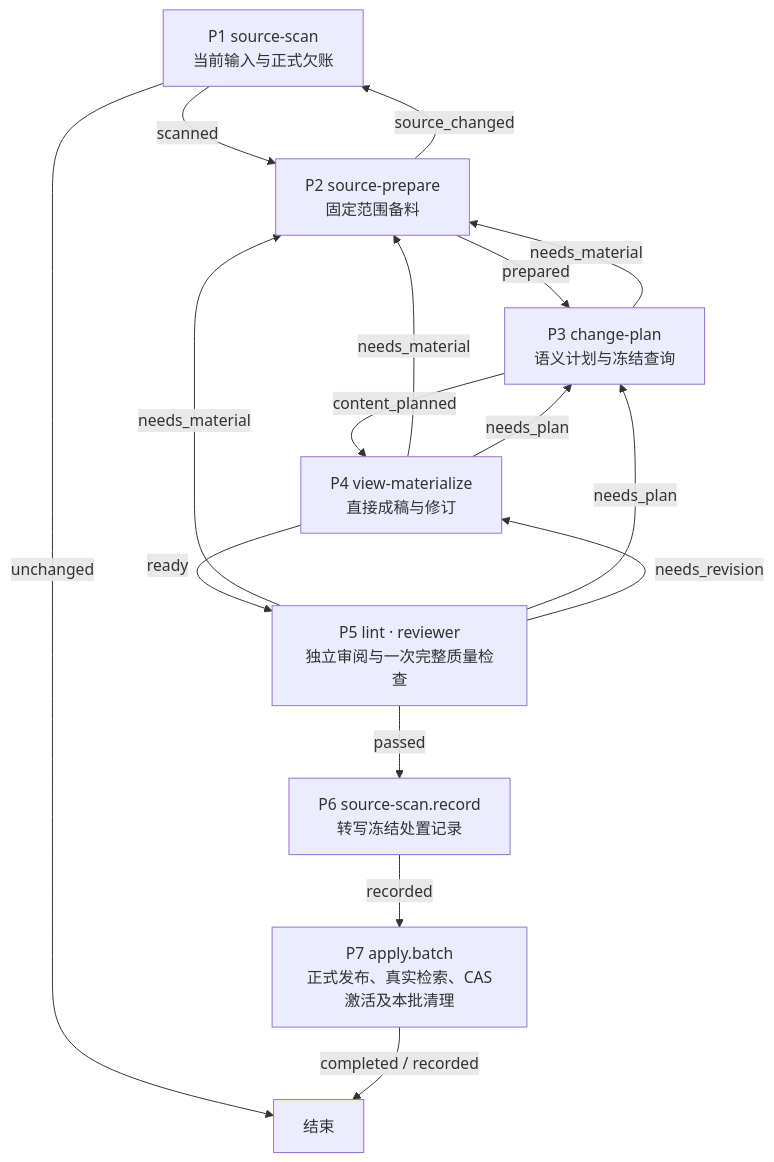
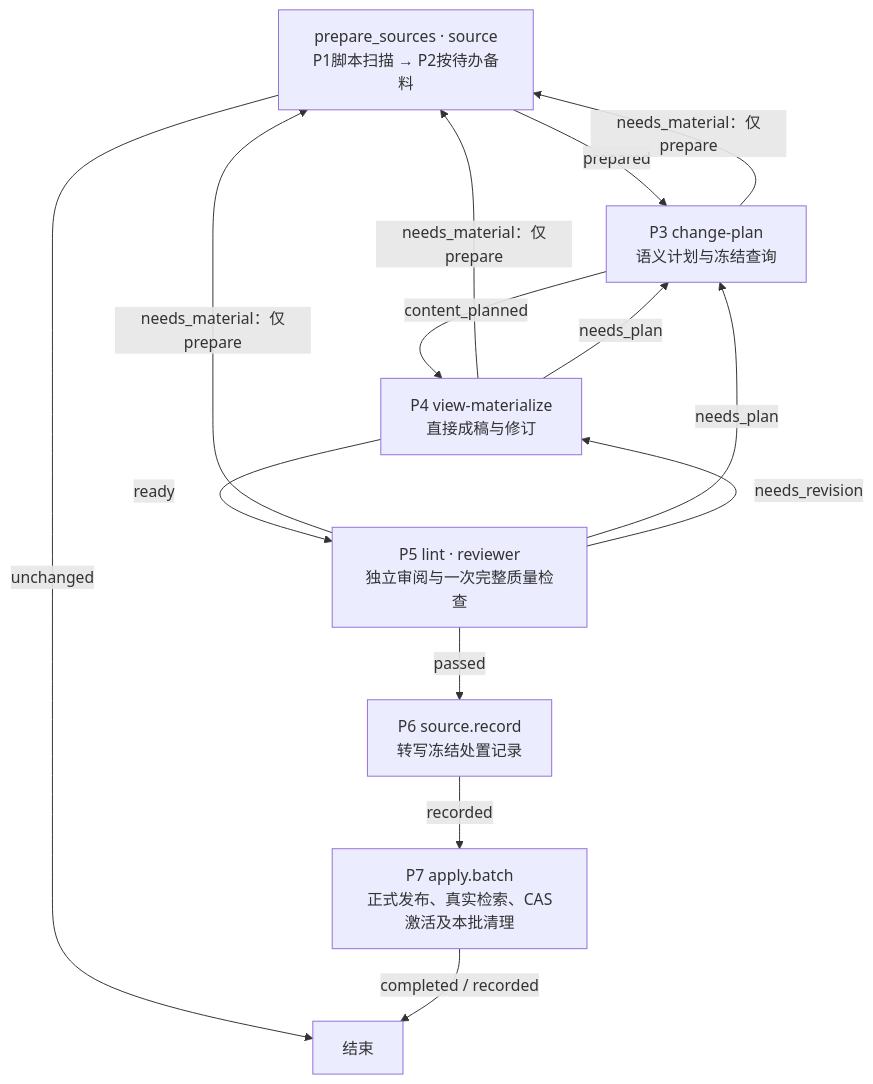
Before and after one commit to Robin-hhc/FactumCore: the fifth of 9 diagrams in himate-knowledge-wifi-mp/docs-llm-wiki/HiMate知识库架构设计.md, drawn with Mermaid. The commit also changed other lines of this file and 112 other files, not shown here.

````diff
--- a/himate-knowledge-wifi-mp/docs-llm-wiki/HiMate知识库架构设计.md
+++ b/himate-knowledge-wifi-mp/docs-llm-wiki/HiMate知识库架构设计.md
@@ -398,18 +398,16 @@
 ```mermaid
 flowchart TD
-    P1["P1 source-scan<br/>当前输入与正式欠账"] -->|scanned| P2["P2 source-prepare<br/>固定范围备料"]
-    P1 -->|unchanged| END["结束"]
-    P2 -->|prepared| P3["P3 change-plan<br/>语义计划与冻结查询"]
-    P2 -->|source_changed| P1
+    SOURCE["prepare_sources · source<br/>P1脚本扫描 → P2按待办备料"] -->|prepared| P3["P3 change-plan<br/>语义计划与冻结查询"]
+    SOURCE -->|unchanged| END["结束"]
     P3 -->|content_planned| P4["P4 view-materialize<br/>直接成稿与修订"]
-    P3 -->|needs_material| P2
+    P3 -->|needs_material：仅prepare| SOURCE
     P4 -->|ready| P5["P5 lint · reviewer<br/>独立审阅与一次完整质量检查"]
-    P4 -->|needs_material| P2
+    P4 -->|needs_material：仅prepare| SOURCE
     P4 -->|needs_plan| P3
-    P5 -->|needs_material| P2
+    P5 -->|needs_material：仅prepare| SOURCE
     P5 -->|needs_plan| P3
     P5 -->|needs_revision| P4
-    P5 -->|passed| P6["P6 source-scan.record<br/>转写冻结处置记录"]
+    P5 -->|passed| P6["P6 source.record<br/>转写冻结处置记录"]
     P6 -->|recorded| P7["P7 apply.batch<br/>正式发布、真实检索、CAS激活及本批清理"]
     P7 -->|completed / recorded| END
 ```
````
